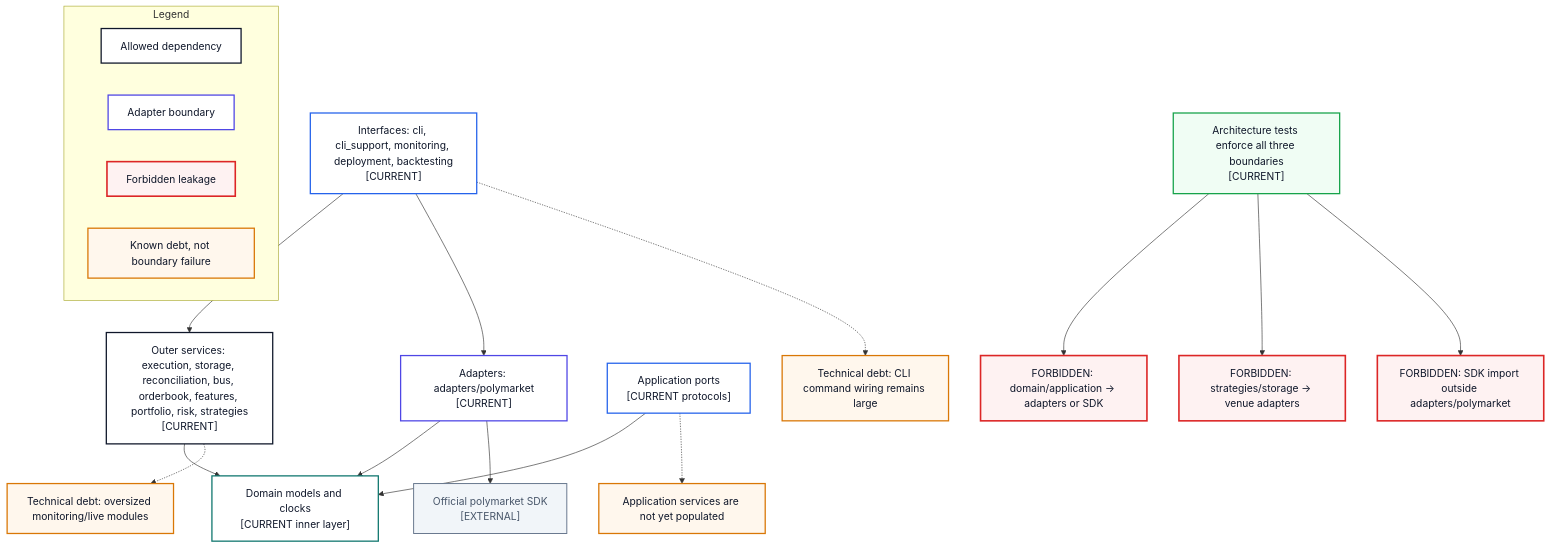
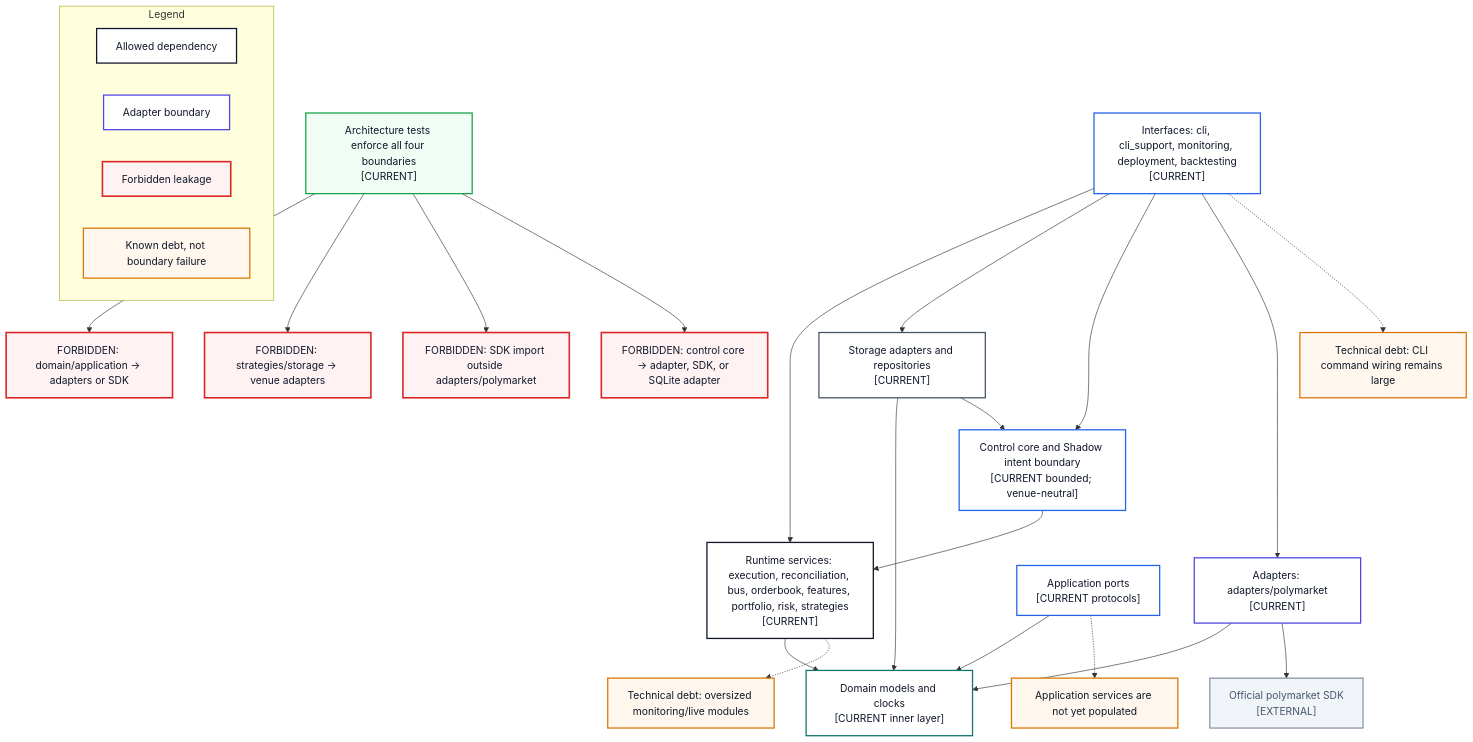
Before and after one commit to PolySia-Systems/Platform: the diagram in docs/04-architecture/visual-system/views/16-module-dependency-map.md, drawn with Mermaid. The commit also changed other lines of this file and 49 other files, not shown here.

Commit message:
docs(architecture): refresh repository truth baseline

````diff
--- a/docs/04-architecture/visual-system/views/16-module-dependency-map.md
+++ b/docs/04-architecture/visual-system/views/16-module-dependency-map.md
@@ -14,48 +14,58 @@
 ```mermaid
 flowchart TB
   Interface["Interfaces: cli, cli_support, monitoring, deployment, backtesting\n[CURRENT]"]:::application
-  Outer["Outer services: execution, storage, reconciliation, bus, orderbook, features, portfolio, risk, strategies\n[CURRENT]"]:::current
+  Runtime["Runtime services: execution, reconciliation, bus, orderbook, features, portfolio, risk, strategies\n[CURRENT]"]:::current
+  Storage["Storage adapters and repositories\n[CURRENT]"]:::storage
+  Control["Control core and Shadow intent boundary\n[CURRENT bounded; venue-neutral]"]:::application
   Adapters["Adapters: adapters/polymarket\n[CURRENT]"]:::adapter
   Ports["Application ports\n[CURRENT protocols]"]:::application
   Domain["Domain models and clocks\n[CURRENT inner layer]"]:::domain
   SDK["Official polymarket SDK\n[EXTERNAL]"]:::external
 
-  Interface --> Outer
+  Interface --> Runtime
+  Interface --> Storage
+  Interface --> Control
   Interface --> Adapters
-  Outer --> Domain
+  Runtime --> Domain
+  Storage --> Domain
+  Storage --> Control
+  Control --> Runtime
   Adapters --> Domain
   Ports --> Domain
   Adapters --> SDK
 
   Forbidden1["FORBIDDEN: domain/application -> adapters or SDK"]:::danger
   Forbidden2["FORBIDDEN: strategies/storage -> venue adapters"]:::danger
   Forbidden3["FORBIDDEN: SDK import outside adapters/polymarket"]:::danger
-  Tests["Architecture tests enforce all three boundaries\n[CURRENT]"]:::safe
+  Forbidden4["FORBIDDEN: control core -> adapter, SDK, or SQLite adapter"]:::danger
+  Tests["Architecture tests enforce all four boundaries\n[CURRENT]"]:::safe
 
   Tests --> Forbidden1
   Tests --> Forbidden2
   Tests --> Forbidden3
+  Tests --> Forbidden4
 
   Debt1["Technical debt: CLI command wiring remains large"]:::risk
   Debt2["Technical debt: oversized monitoring/live modules"]:::risk
   Debt3["Application services are not yet populated"]:::risk
   Interface -.-> Debt1
-  Outer -.-> Debt2
+  Runtime -.-> Debt2
   Ports -.-> Debt3
 
   subgraph LEGEND["Legend"]
     L1["Allowed dependency"]:::current
     L2["Adapter boundary"]:::adapter
     L3["Forbidden leakage"]:::danger
     L4["Known debt, not boundary failure"]:::risk
   end
 
   classDef current fill:#FFFFFF,stroke:#0F172A,stroke-width:2px,color:#0F172A;
   classDef application fill:#FFFFFF,stroke:#2563EB,stroke-width:2px,color:#0F172A;
   classDef domain fill:#FFFFFF,stroke:#0F766E,stroke-width:2px,color:#0F172A;
   classDef adapter fill:#FFFFFF,stroke:#4F46E5,stroke-width:2px,color:#0F172A;
+  classDef storage fill:#FFFFFF,stroke:#475569,stroke-width:2px,color:#0F172A;
   classDef external fill:#F1F5F9,stroke:#64748B,stroke-width:1.5px,color:#475569;
   classDef risk fill:#FFF7ED,stroke:#D97706,stroke-width:2px,color:#0F172A;
   classDef danger fill:#FEF2F2,stroke:#DC2626,stroke-width:2.5px,color:#0F172A;
   classDef safe fill:#F0FDF4,stroke:#16A34A,stroke-width:2px,color:#0F172A;
 ```
````
